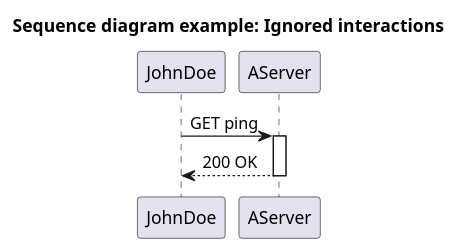
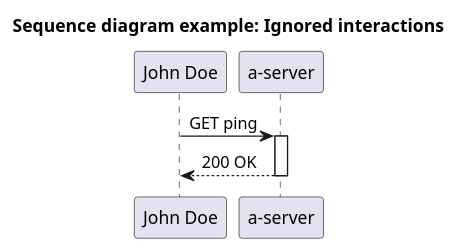
The diagram in sequence-diagrams/.generated/diagrams/Sequence diagram example: Ignored interactions - Sequence.puml (http4k/http4k-diagram-examples), drawn with PlantUML before and after one commit. The commit also changed 5 other files, not shown here.

```diff
--- a/sequence-diagrams/.generated/diagrams/Sequence diagram example: Ignored interactions - Sequence.puml
+++ b/sequence-diagrams/.generated/diagrams/Sequence diagram example: Ignored interactions - Sequence.puml
@@ -1,10 +1,10 @@
 @startuml
 title Sequence diagram example: Ignored interactions
-participant JohnDoe
-participant AServer
-JohnDoe -> AServer: GET ping 
-activate AServer
+participant "John Doe"
+participant "a-server"
+"John Doe" -> "a-server": GET ping 
+activate "a-server"
 
-AServer --> JohnDoe: 200 OK
-deactivate AServer
+"a-server" --> "John Doe": 200 OK
+deactivate "a-server"
     @enduml
```
